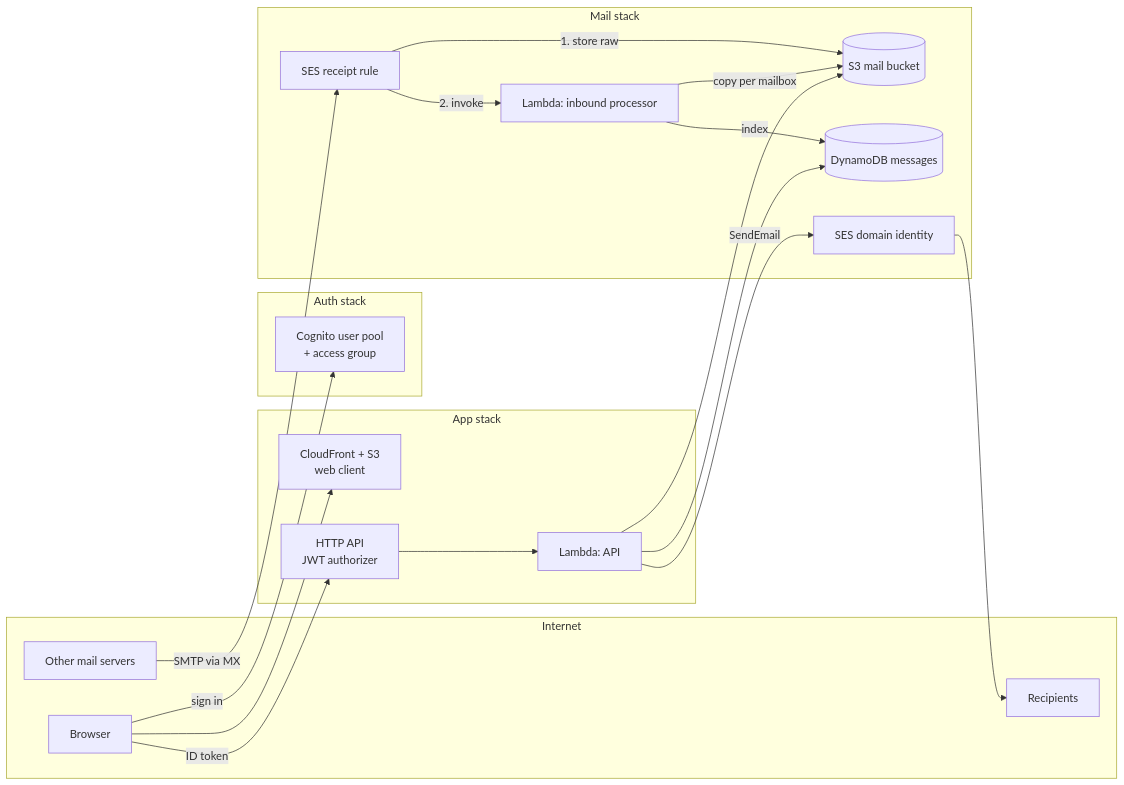
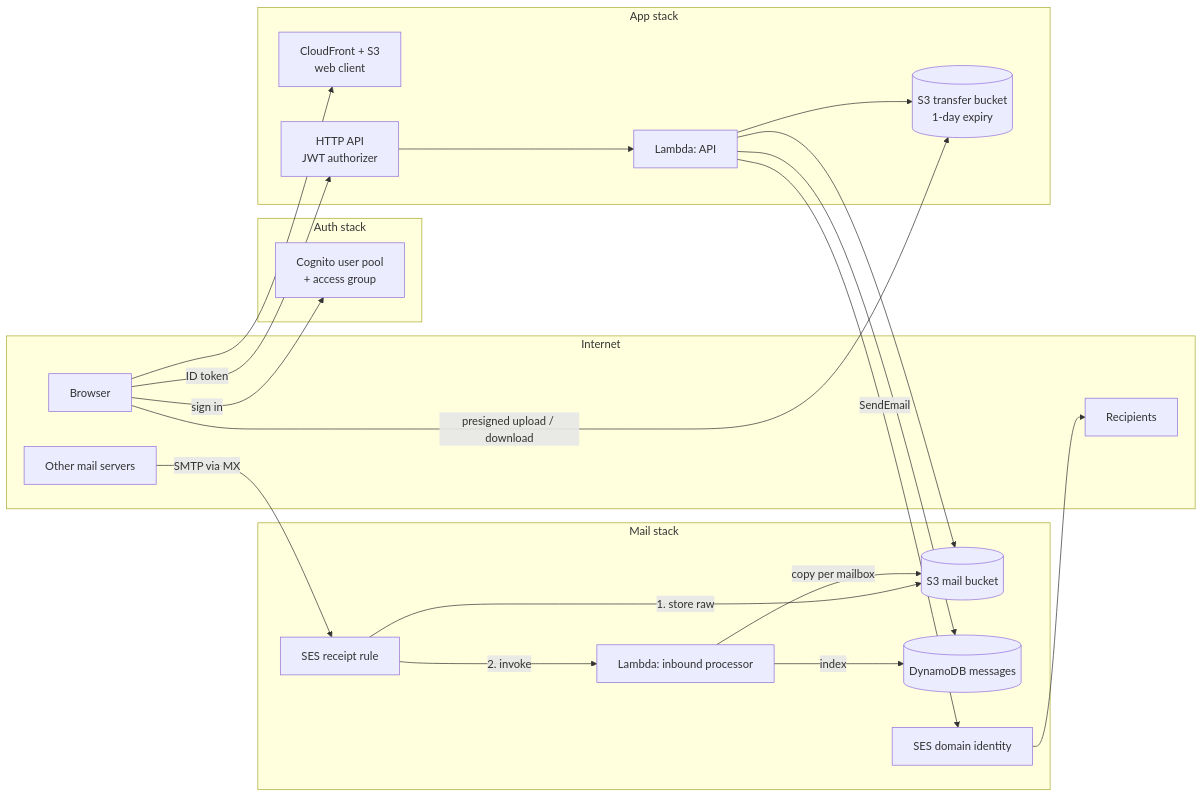
The diagram in docs/architecture.md (gustavoiha/miratorie-email-service), drawn with Mermaid before and after one commit. The commit also changed other lines of this file and 28 other files, not shown here.

````diff
--- a/docs/architecture.md
+++ b/docs/architecture.md
@@ -3,39 +3,42 @@
 ```mermaid
 flowchart LR
   subgraph Internet
     sender[Other mail servers]
     rcpt[Recipients]
     browser[Browser]
   end
 
   subgraph Mail stack
     sesIn[SES receipt rule]
     bucket[(S3 mail bucket)]
     inbound[Lambda: inbound processor]
     table[(DynamoDB messages)]
     sesOut[SES domain identity]
   end
 
   subgraph Auth stack
     cognito[Cognito user pool<br/>+ access group]
   end
 
   subgraph App stack
     cf[CloudFront + S3<br/>web client]
     api[HTTP API<br/>JWT authorizer]
     apiFn[Lambda: API]
+    transfer[(S3 transfer bucket<br/>1-day expiry)]
   end
 
   sender -- SMTP via MX --> sesIn
   sesIn -- 1. store raw --> bucket
   sesIn -- 2. invoke --> inbound
   inbound -- copy per mailbox --> bucket
   inbound -- index --> table
 
   browser --> cf
   browser -- sign in --> cognito
   browser -- ID token --> api --> apiFn
   apiFn --> table
   apiFn --> bucket
+  apiFn --> transfer
+  browser -- presigned upload / download --> transfer
   apiFn -- SendEmail --> sesOut --> rcpt
 ```
````
